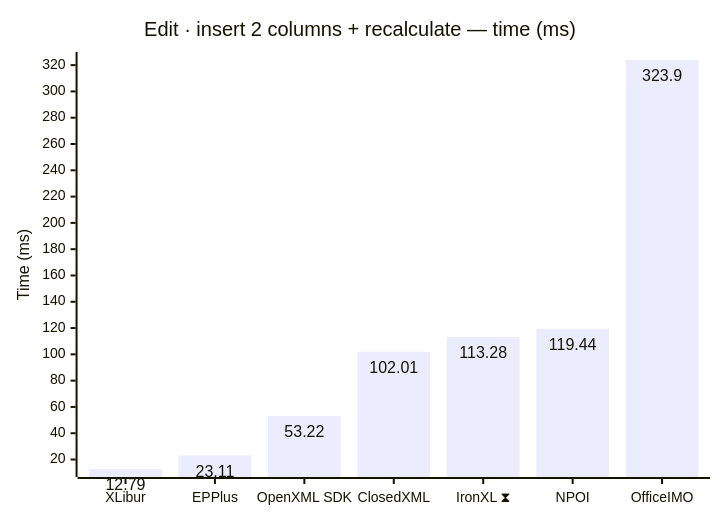
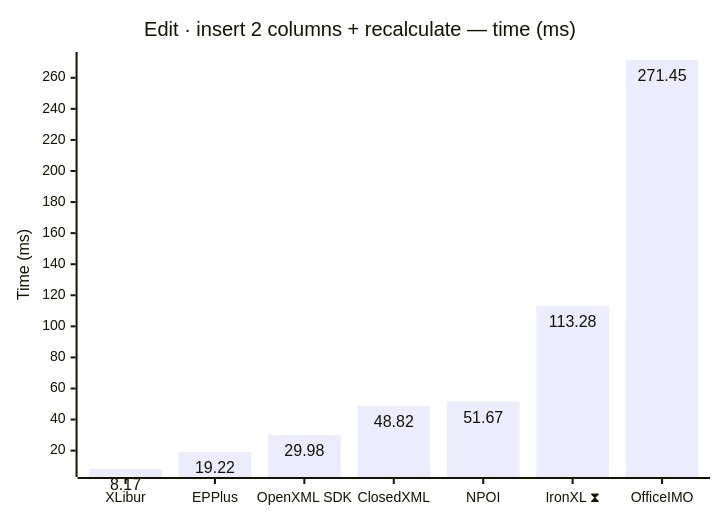
Before and after one commit to jafin/XLBench: diagram 13 of 18 in docs/results-ci.md, drawn with Mermaid. The commit also changed other lines of this file, not shown here.

````diff
--- a/docs/results-ci.md
+++ b/docs/results-ci.md
@@ -199,12 +199,12 @@
 ```mermaid
 ---
 config:
   xyChart:
     showDataLabel: true
 ---
 xychart-beta
     title "Edit · insert 2 columns + recalculate — time (ms)"
-    x-axis ["XLibur", "EPPlus", "OpenXML SDK", "ClosedXML", "IronXL ⧗", "NPOI", "OfficeIMO"]
+    x-axis ["XLibur", "EPPlus", "OpenXML SDK", "ClosedXML", "NPOI", "IronXL ⧗", "OfficeIMO"]
     y-axis "Time (ms)"
-    bar [12.79, 23.11, 53.22, 102.01, 113.28, 119.44, 323.9]
+    bar [8.17, 19.22, 29.98, 48.82, 51.67, 113.28, 271.45]
 ```
````
